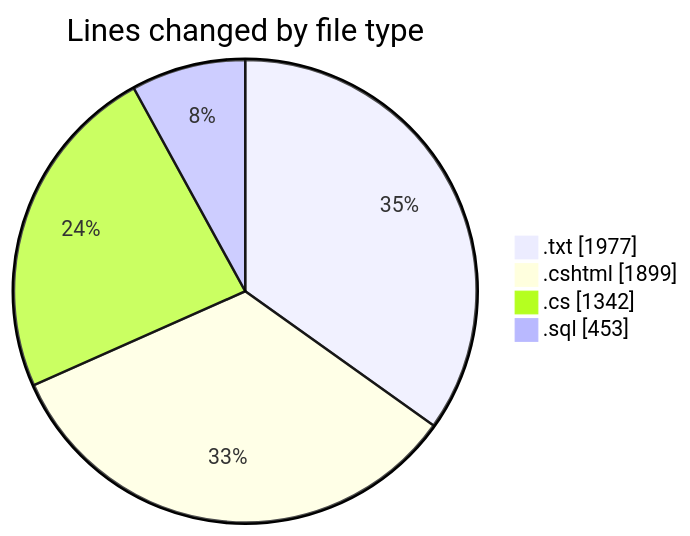
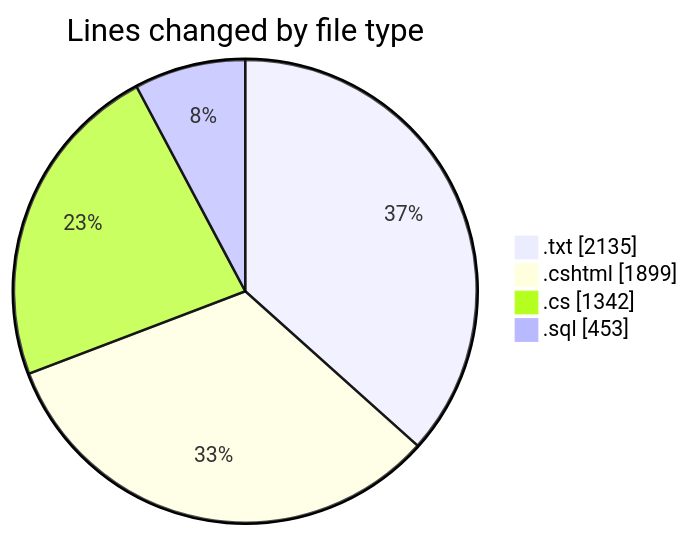
The first of 2 diagrams in 2025-07-25/quanlyrapchieuphim-1/README.md (lephambinh05/code-tracking), drawn with Mermaid before and after one commit. The commit also changed other lines of this file and 1 other file, not shown here.

````diff
--- a/2025-07-25/quanlyrapchieuphim-1/README.md
+++ b/2025-07-25/quanlyrapchieuphim-1/README.md
@@ -25,8 +25,8 @@
 ```mermaid
 pie showData
 title Lines changed by file type
-".txt" : 1977
+".txt" : 2135
 ".cshtml" : 1899
 ".cs" : 1342
 ".sql" : 453
 ```
````
